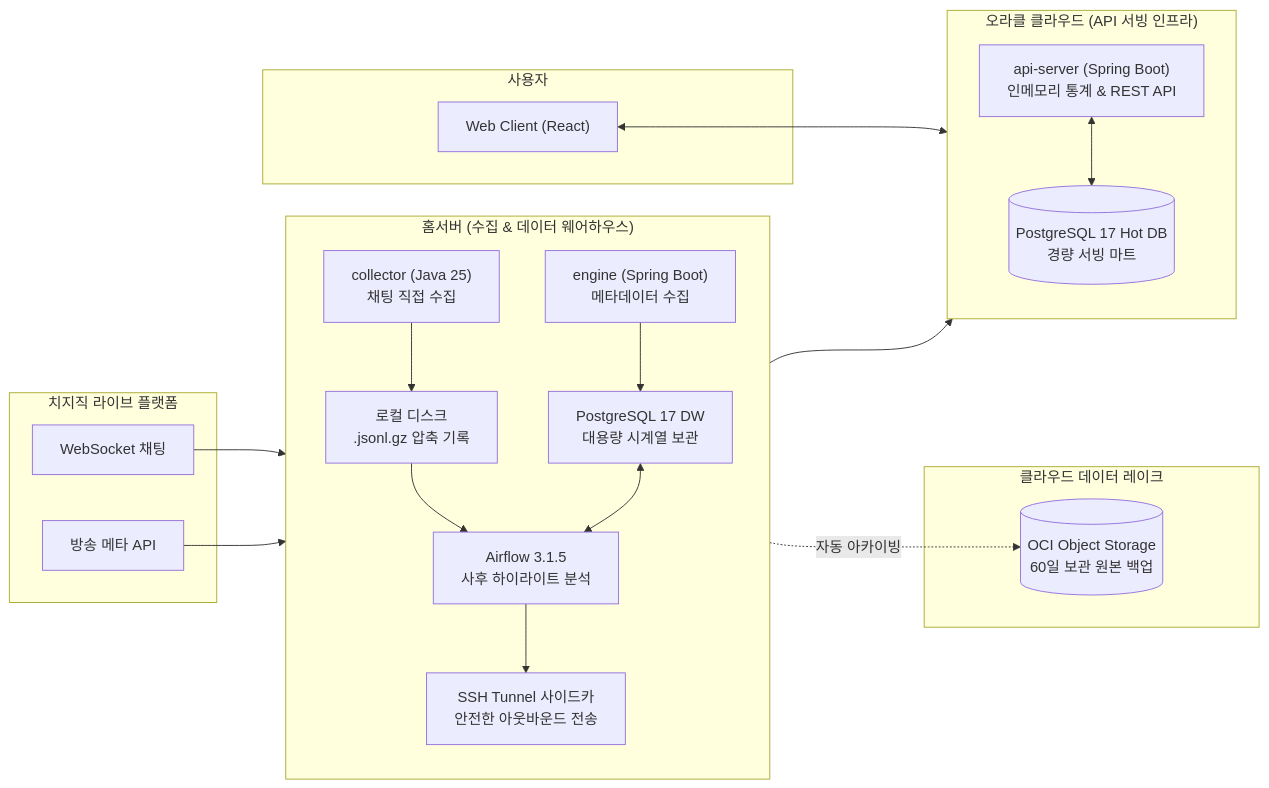
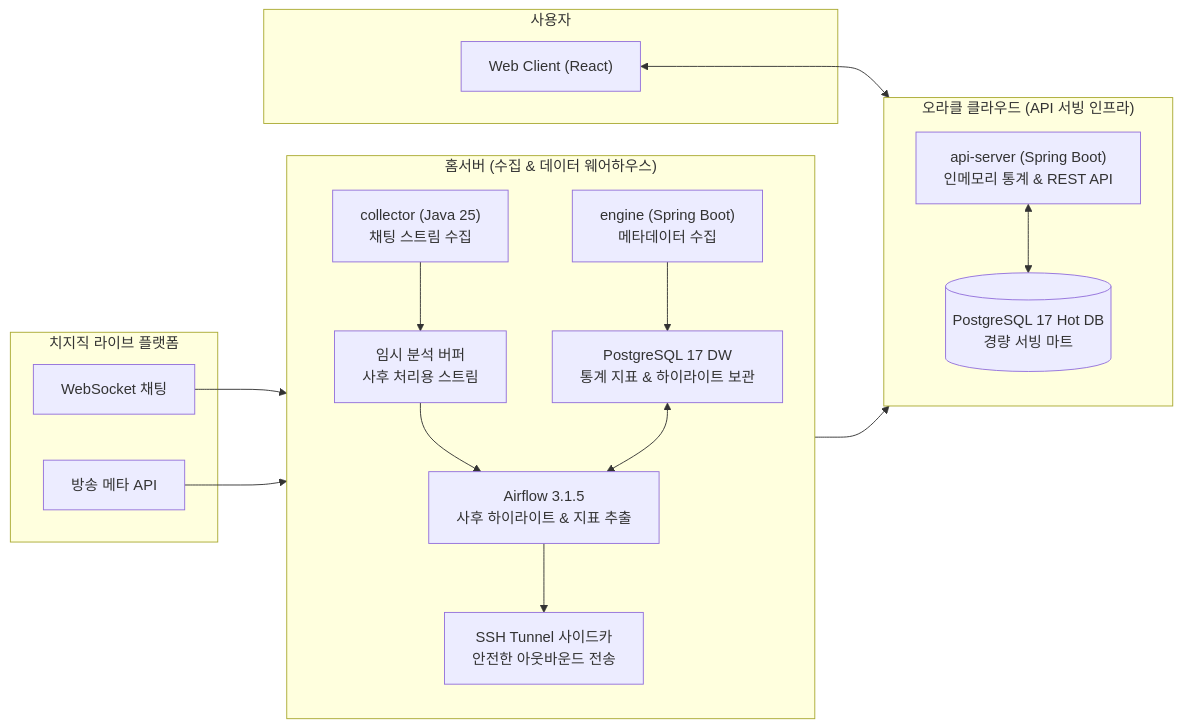
One commit to Firedrago95/stream-engine changed the diagram in README.md. Above: the diagram before and after it, drawn with Mermaid. The commit also changed other lines of this file, not shown here.

Commit message:
docs: README에서 채팅 원문 스토리지 저장 관련 언급 제거 및 프라이버시 보호 정책 반영
- 핵심 기능 및 아키텍처 다이어그램에서 OCI Data Lake/원문 파일 아카이빙 관련 표현 제거
- 사후 분석 완료 후 원본 데이터 즉시 파기 및 통계 지표만 보관하는 방침으로 수정

````diff
--- a/README.md
+++ b/README.md
@@ -38,40 +37,35 @@
 ```mermaid
 flowchart LR
     subgraph Chzzk["치지직 라이브 플랫폼"]
         WS["WebSocket 채팅"]
         API["방송 메타 API"]
     end
 
     subgraph HomeServer["홈서버 (수집 & 데이터 웨어하우스)"]
         direction TB
-        Collector["collector (Java 25)<br/>채팅 직접 수집"]
-        Disk["로컬 디스크<br/>.jsonl.gz 압축 기록"]
+        Collector["collector (Java 25)<br/>채팅 스트림 수집"]
+        Buffer["임시 분석 버퍼<br/>사후 처리용 스트림"]
         Engine["engine (Spring Boot)<br/>메타데이터 수집"]
-        DW["PostgreSQL 17 DW<br/>대용량 시계열 보관"]
-        Airflow["Airflow 3.1.5<br/>사후 하이라이트 분석"]
+        DW["PostgreSQL 17 DW<br/>통계 지표 & 하이라이트 보관"]
+        Airflow["Airflow 3.1.5<br/>사후 하이라이트 & 지표 추출"]
         Tunnel["SSH Tunnel 사이드카<br/>안전한 아웃바운드 전송"]
 
-        WS --> Collector --> Disk --> Airflow
+        WS --> Collector --> Buffer --> Airflow
         API --> Engine --> DW
         DW <--> Airflow
         Airflow --> Tunnel
-    end
-
-    subgraph CloudStorage["클라우드 데이터 레이크"]
-        DataLake[("OCI Object Storage<br/>60일 보관 원본 백업")]
-        Airflow -. 자동 아카이빙 .-> DataLake
     end
 
     subgraph CloudServer["오라클 클라우드 (API 서빙 인프라)"]
         direction TB
         ServingDB[("PostgreSQL 17 Hot DB<br/>경량 서빙 마트")]
         APIServer["api-server (Spring Boot)<br/>인메모리 통계 & REST API"]
         Tunnel --> ServingDB
         APIServer <--> ServingDB
     end
 
     subgraph User["사용자"]
         Client["Web Client (React)"]
         Client <--> APIServer
     end
 ```
````
